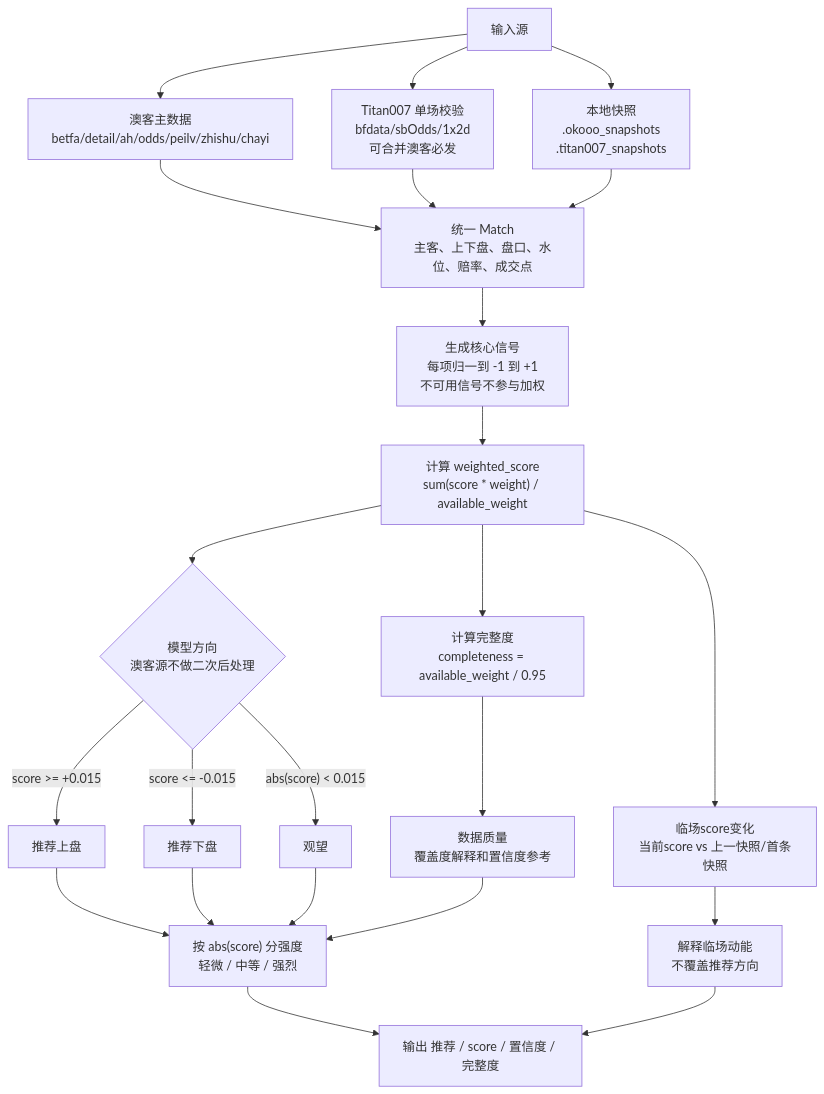
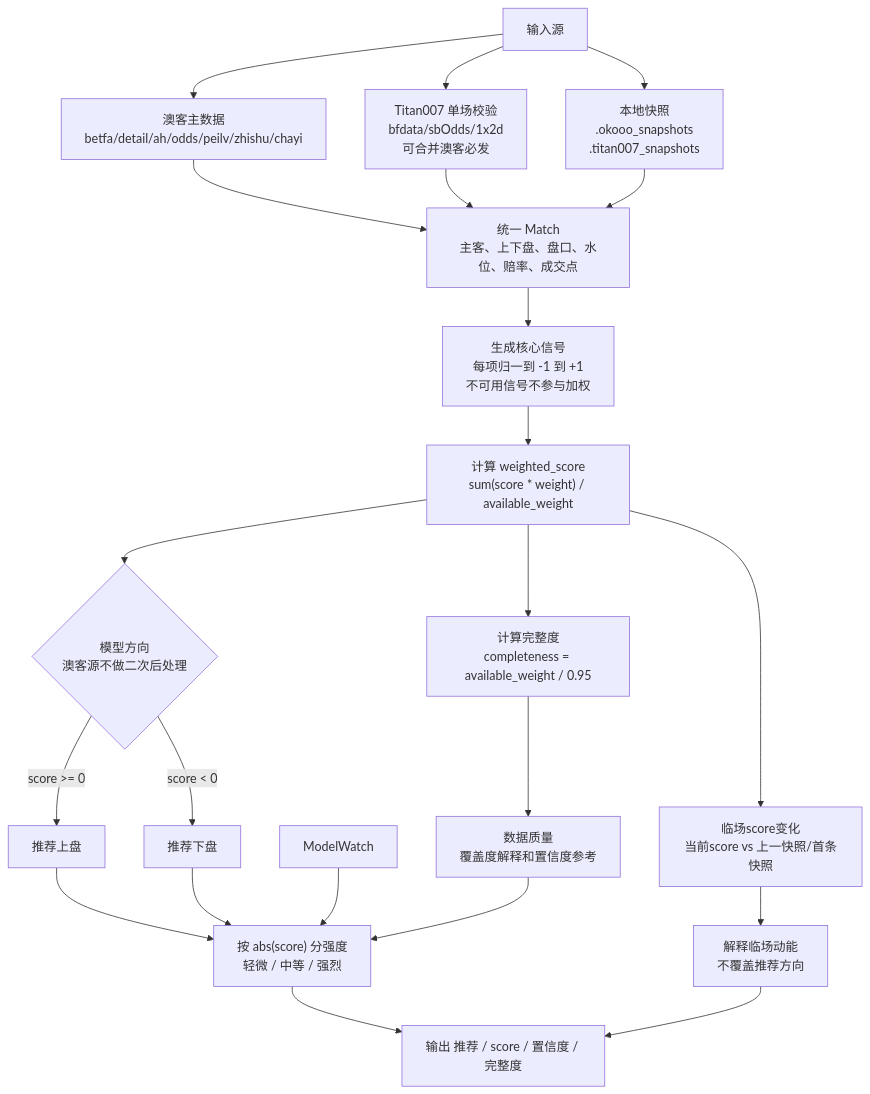
One commit to demongodYY/worldcup changed the second of 2 diagrams in README.md. Above: the diagram before and after it, drawn with Mermaid. The commit also changed other lines of this file and 17 other files, not shown here.

````diff
--- a/README.md
+++ b/README.md
@@ -203,30 +201,29 @@
 ```mermaid
 flowchart TD
     Source["输入源"] --> Okooo["澳客主数据\nbetfa/detail/ah/odds/peilv/zhishu/chayi"]
     Source --> Titan["Titan007 单场校验\nbfdata/sbOdds/1x2d\n可合并澳客必发"]
     Source --> Snap["本地快照\n.okooo_snapshots\n.titan007_snapshots"]
 
     Okooo --> Match["统一 Match\n主客、上下盘、盘口、水位、赔率、成交点"]
     Titan --> Match
     Snap --> Match
 
     Match --> Signals["生成核心信号\n每项归一到 -1 到 +1\n不可用信号不参与加权"]
     Signals --> Weight["计算 weighted_score\nsum(score * weight) / available_weight"]
     Weight --> Complete["计算完整度\ncompleteness = available_weight / 0.95"]
 
     Weight --> Model{"模型方向\n澳客源不做二次后处理"}
-    Model -->|"score >= +0.015"| ModelUpper["推荐上盘"]
-    Model -->|"score <= -0.015"| ModelLower["推荐下盘"]
-    Model -->|"abs(score) < 0.015"| ModelWatch["观望"]
+    Model -->|"score >= 0"| ModelUpper["推荐上盘"]
+    Model -->|"score < 0"| ModelLower["推荐下盘"]
 
     Weight --> Momentum["临场score变化\n当前score vs 上一快照/首条快照"]
     Complete --> Quality["数据质量\n覆盖度解释和置信度参考"]
 
     ModelUpper --> Strength["按 abs(score) 分强度\n轻微 / 中等 / 强烈"]
     ModelLower --> Strength
     ModelWatch --> Strength
     Momentum --> Explain["解释临场动能\n不覆盖推荐方向"]
     Quality --> Strength
     Strength --> Final["输出 推荐 / score / 置信度 / 完整度"]
     Explain --> Final
 ```
````
